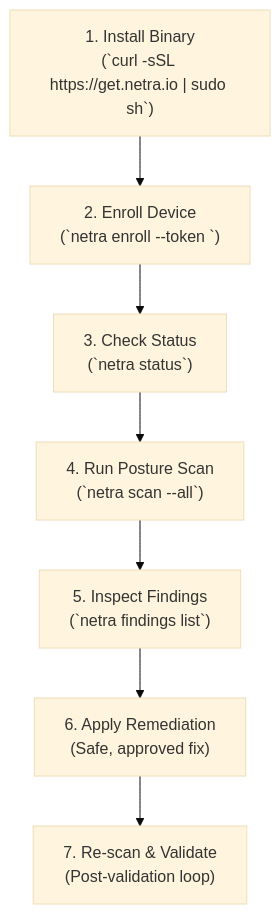
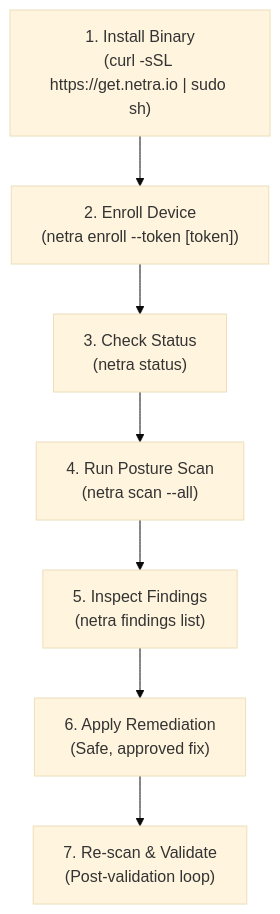
The first of 2 diagrams in docs/USAGE.md (Subhadip-Paul2006/NETRA-Backend), drawn with Mermaid (base theme) before and after one commit. The commit also changed other lines of this file and 14 other files, not shown here.

Commit message:
fix(docs): resolve GitHub Mermaid diagram lexical errors and KaTeX math formatting across all specifications

````diff
--- a/docs/USAGE.md
+++ b/docs/USAGE.md
@@ -30,9 +30,9 @@
 ```mermaid
 flowchart TD
-    Install["1. Install Binary<br/>(`curl -sSL https://get.netra.io | sudo sh`)"] --> Enroll["2. Enroll Device<br/>(`netra enroll --token <token>`)"]
-    Enroll --> Verify["3. Check Status<br/>(`netra status`)"]
-    Verify --> Scan["4. Run Posture Scan<br/>(`netra scan --all`)"]
-    Scan --> Findings["5. Inspect Findings<br/>(`netra findings list`)"]
+    Install["1. Install Binary<br/>(curl -sSL https://get.netra.io | sudo sh)"] --> Enroll["2. Enroll Device<br/>(netra enroll --token [token])"]
+    Enroll --> Verify["3. Check Status<br/>(netra status)"]
+    Verify --> Scan["4. Run Posture Scan<br/>(netra scan --all)"]
+    Scan --> Findings["5. Inspect Findings<br/>(netra findings list)"]
     Findings --> Remediate["6. Apply Remediation<br/>(Safe, approved fix)"]
     Remediate --> Validate["7. Re-scan & Validate<br/>(Post-validation loop)"]
 ```
````
